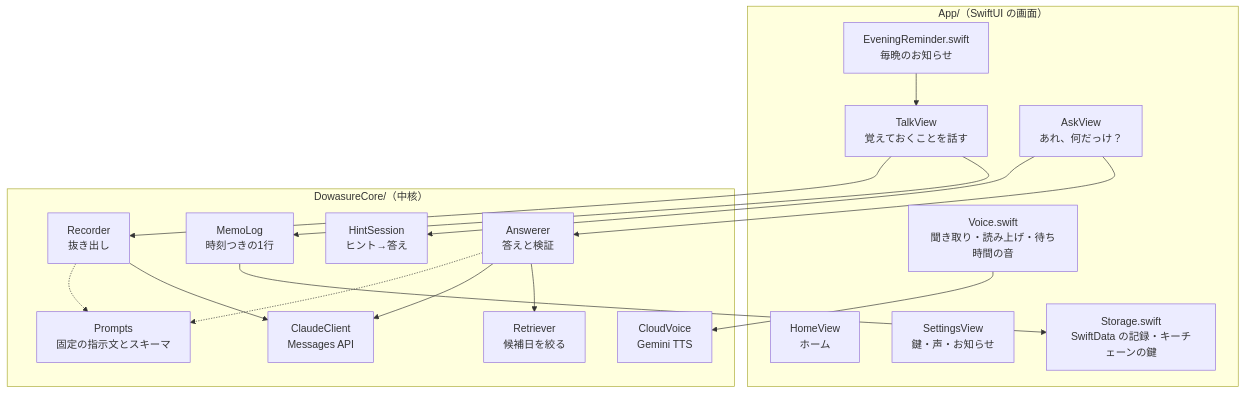
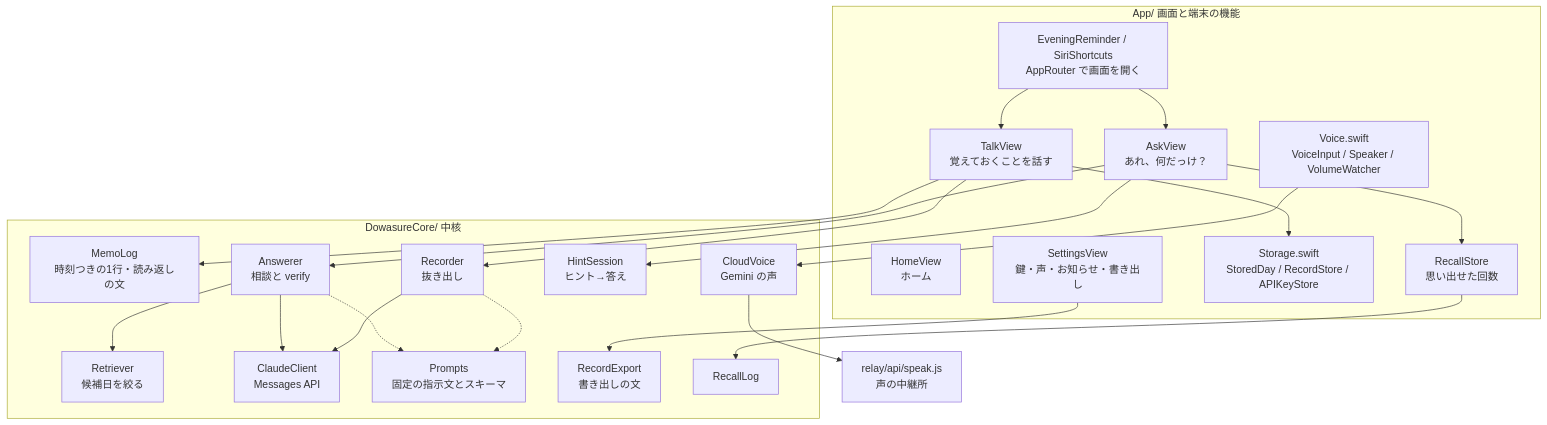
One commit to TadFuji/dowasure-aibou changed the first of 5 diagrams in docs/設計.md. Above: the diagram before and after it, drawn with Mermaid. The commit also changed other lines of this file and 13 other files, not shown here.

````diff
--- a/docs/設計.md
+++ b/docs/設計.md
@@ -14,32 +16,40 @@
 ```mermaid
 flowchart TB
-    subgraph App["App/（SwiftUI の画面）"]
+    subgraph App["App/ 画面と端末の機能"]
         Home["HomeView<br/>ホーム"]
         Talk["TalkView<br/>覚えておくことを話す"]
         Ask["AskView<br/>あれ、何だっけ？"]
-        Settings["SettingsView<br/>鍵・声・お知らせ"]
-        Voice["Voice.swift<br/>聞き取り・読み上げ・待ち時間の音"]
-        Storage["Storage.swift<br/>SwiftData の記録・キーチェーンの鍵"]
-        Reminder["EveningReminder.swift<br/>毎晩のお知らせ"]
+        Settings["SettingsView<br/>鍵・声・お知らせ・書き出し"]
+        Voice["Voice.swift<br/>VoiceInput / Speaker / VolumeWatcher"]
+        Storage["Storage.swift<br/>StoredDay / RecordStore / APIKeyStore"]
+        Recall["RecallStore<br/>思い出せた回数"]
+        Entry["EveningReminder / SiriShortcuts<br/>AppRouter で画面を開く"]
     end
-    subgraph Core["DowasureCore/（中核）"]
-        Memo["MemoLog<br/>時刻つきの1行"]
+    subgraph Core["DowasureCore/ 中核"]
+        Memo["MemoLog<br/>時刻つきの1行・読み返しの文"]
         Recorder["Recorder<br/>抜き出し"]
         Retriever["Retriever<br/>候補日を絞る"]
-        Answerer["Answerer<br/>答えと検証"]
+        Answerer["Answerer<br/>相談と verify"]
         HintS["HintSession<br/>ヒント→答え"]
         Client["ClaudeClient<br/>Messages API"]
-        Cloud["CloudVoice<br/>Gemini TTS"]
         Prompts["Prompts<br/>固定の指示文とスキーマ"]
+        Cloud["CloudVoice<br/>Gemini の声"]
+        Export["RecordExport<br/>書き出しの文"]
+        RLog["RecallLog"]
     end
-    Talk --> Memo --> Storage
+    Relay["relay/api/speak.js<br/>声の中継所"]
+    Talk --> Memo
+    Talk --> Storage
     Talk --> Recorder --> Client
     Ask --> Answerer
     Answerer --> Retriever
     Answerer --> Client
     Ask --> HintS
+    Ask --> Recall --> RLog
     Recorder -.-> Prompts
     Answerer -.-> Prompts
-    Voice --> Cloud
-    Reminder --> Talk
+    Settings --> Export
+    Voice --> Cloud --> Relay
+    Entry --> Talk
+    Entry --> Ask
 ```
````
